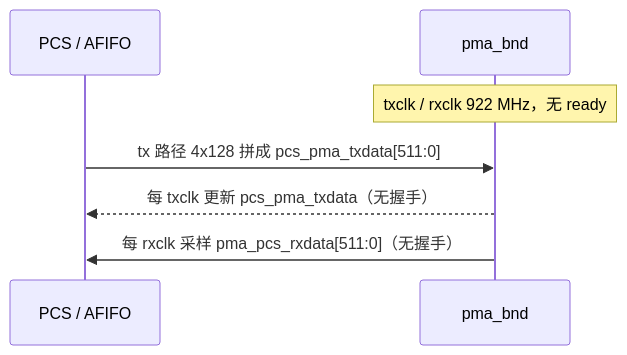
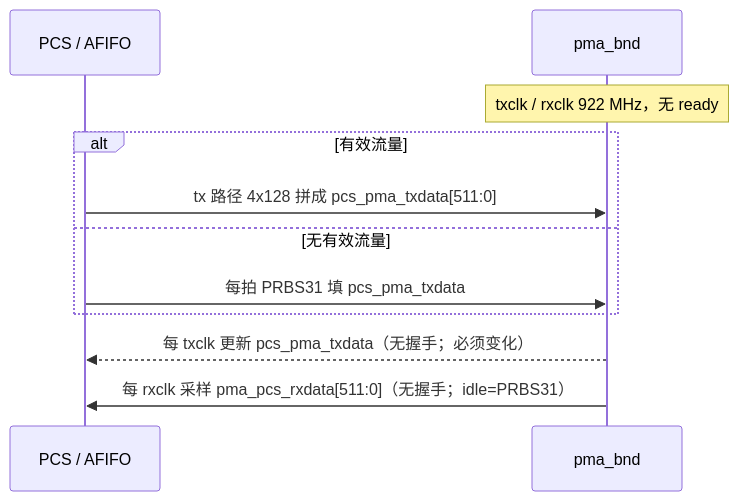
One commit to lukebest/Vibe-UB-Switch changed the fourth of 4 diagrams in docs/SPEC.md. Above: the diagram before and after it, drawn with Mermaid. The commit also changed other lines of this file and 2 other files, not shown here.

First line of the commit message:
docs: CR-PMA-IDLE-PRBS31 SPEC idle fill (docs only)

````diff
--- a/docs/SPEC.md
+++ b/docs/SPEC.md
@@ -236,9 +240,13 @@
 ```mermaid
 sequenceDiagram
   participant FAB as PCS / AFIFO
   participant PMA as pma_bnd
   Note over PMA: txclk / rxclk 922 MHz，无 ready
-  FAB->>PMA: tx 路径 4x128 拼成 pcs_pma_txdata[511:0]
-  PMA-->>FAB: 每 txclk 更新 pcs_pma_txdata（无握手）
-  PMA->>FAB: 每 rxclk 采样 pma_pcs_rxdata[511:0]（无握手）
+  alt 有效流量
+    FAB->>PMA: tx 路径 4x128 拼成 pcs_pma_txdata[511:0]
+  else 无有效流量
+    FAB->>PMA: 每拍 PRBS31 填 pcs_pma_txdata
+  end
+  PMA-->>FAB: 每 txclk 更新 pcs_pma_txdata（无握手；必须变化）
+  PMA->>FAB: 每 rxclk 采样 pma_pcs_rxdata[511:0]（无握手；idle=PRBS31）
 ```
````
